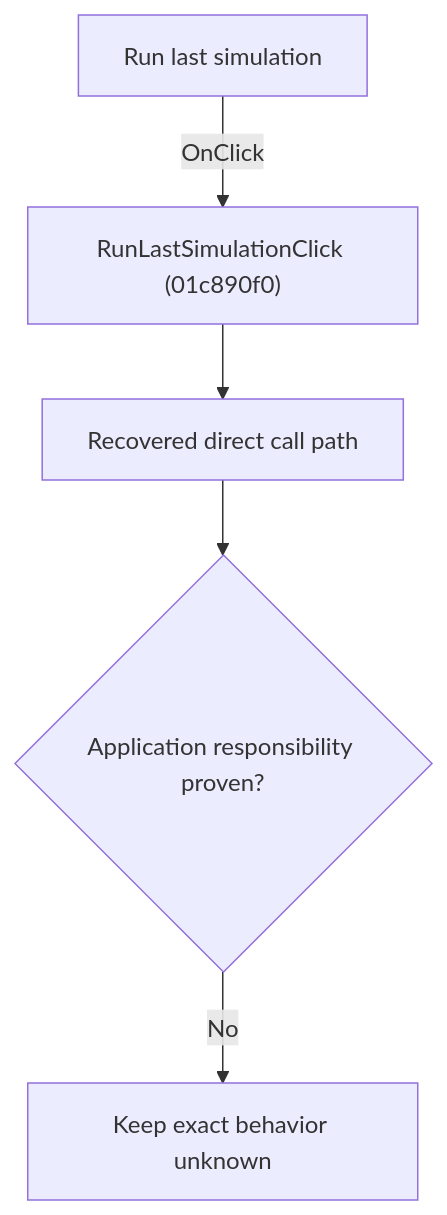
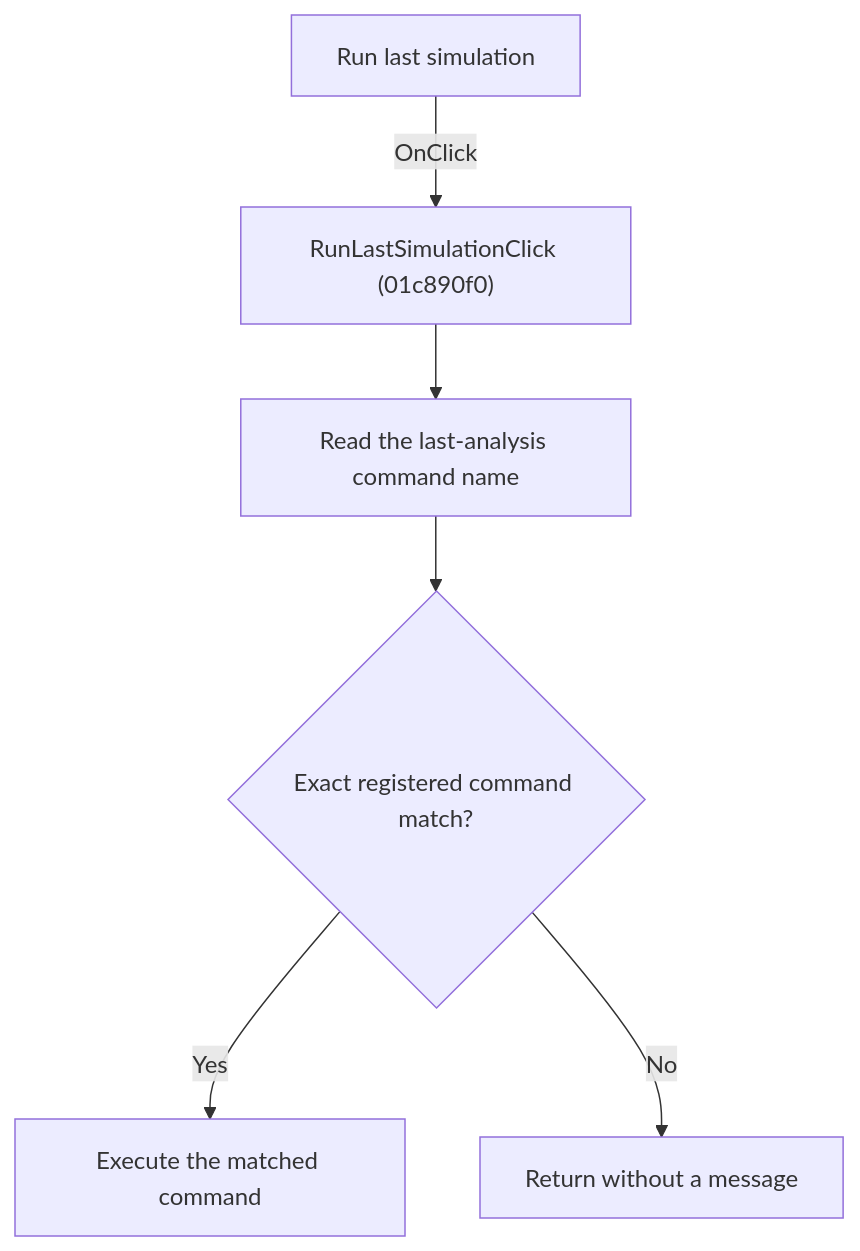
One commit to MovGP0/TIARA changed the diagram in docs/ui-controls/schematiceditor/runlastsimulation-fdeb18fdbd.md. Above: the diagram before and after it, drawn with Mermaid. The commit also changed other lines of this file and 241 other files, not shown here.

````diff
--- a/docs/ui-controls/schematiceditor/runlastsimulation-fdeb18fdbd.md
+++ b/docs/ui-controls/schematiceditor/runlastsimulation-fdeb18fdbd.md
@@ -27,7 +25,8 @@
 ```mermaid
 flowchart TD
     control["Run last simulation"] -->|"OnClick"| handler["RunLastSimulationClick (01c890f0)"]
-    handler --> recovered["Recovered direct call path"]
-    recovered --> gap{"Application responsibility proven?"}
-    gap -->|"No"| blocked["Keep exact behavior unknown"]
+    handler --> read["Read the last-analysis command name"]
+    read --> match{"Exact registered command match?"}
+    match -->|"Yes"| run["Execute the matched command"]
+    match -->|"No"| noop["Return without a message"]
 ```
````
